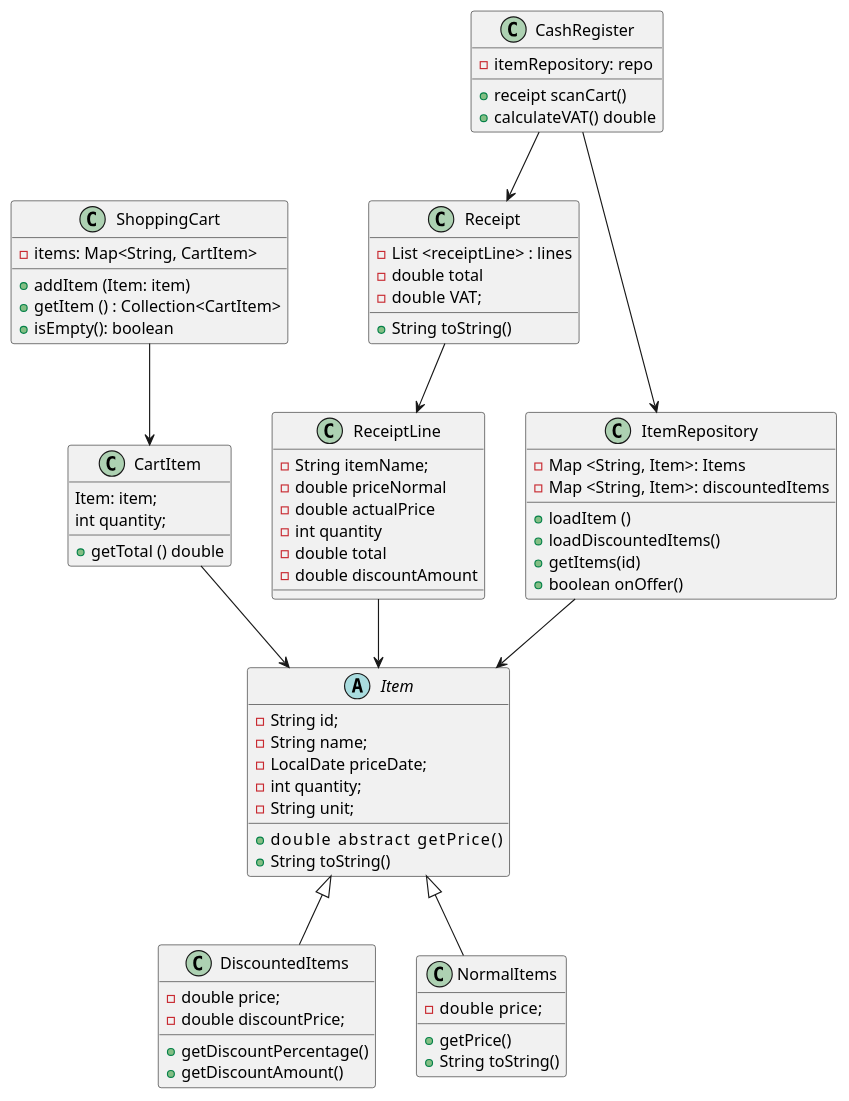
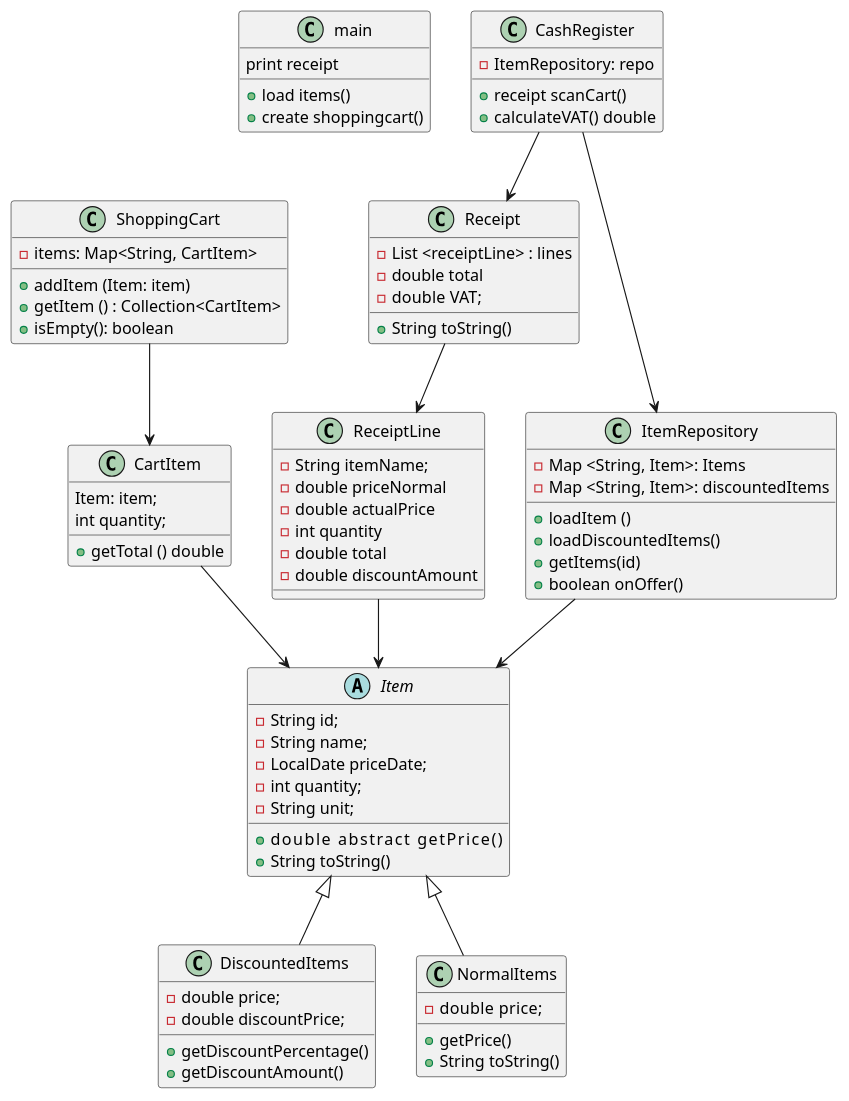
The diagram in src/Counter.puml (stinetorndal/Torsdagsopgaver_u47), drawn with PlantUML before and after one commit. The commit also changed 10 other files, not shown here.

```diff
--- a/src/Counter.puml
+++ b/src/Counter.puml
@@ -1,77 +1,81 @@
 @startuml
 'https://plantuml.com/class-diagram
-
+class main {
++load items()
++create shoppingcart()
+print receipt
+}
 abstract class Item {
  - String id;
  - String name;
  - LocalDate priceDate;
  - int quantity;
  - String unit;
 
  + double abstract          getPrice()
  + String toString()
  }
  class DiscountedItems{
  - double price;
  - double discountPrice;
  + getDiscountPercentage()
  + getDiscountAmount()
  }
  class  NormalItems{
  - double  price;
   + getPrice()
  + String toString()
  }
 
 class ShoppingCart {
  - items: Map<String, CartItem>
  + addItem (Item: item)
  + getItem () : Collection<CartItem>
  + isEmpty(): boolean
  }
 
 class CartItem {
 Item: item;
 int quantity;
 +getTotal () double
 }
 class Receipt{
 - List <receiptLine> : lines
 - double total
 - double VAT;
 +String toString()
 }
 class ReceiptLine{
 - String itemName;
 - double priceNormal
 - double actualPrice
 - int quantity
 - double total
 - double discountAmount
 }
 class CashRegister{
-- itemRepository: repo
+- ItemRepository: repo
 + receipt scanCart()
 + calculateVAT() double
 }
 class ItemRepository{
 - Map <String, Item>: Items
  - Map <String, Item>: discountedItems
  + loadItem ()
  + loadDiscountedItems()
  + getItems(id)
  + boolean onOffer()
 }
 Item <|-- NormalItems
 Item <|-- DiscountedItems
 ShoppingCart --> CartItem
 Receipt --> ReceiptLine
 CashRegister --> Receipt
 ItemRepository --> Item
 CashRegister --> ItemRepository
 CartItem --> Item
 ReceiptLine --> Item
 
 
 
 @enduml
```
